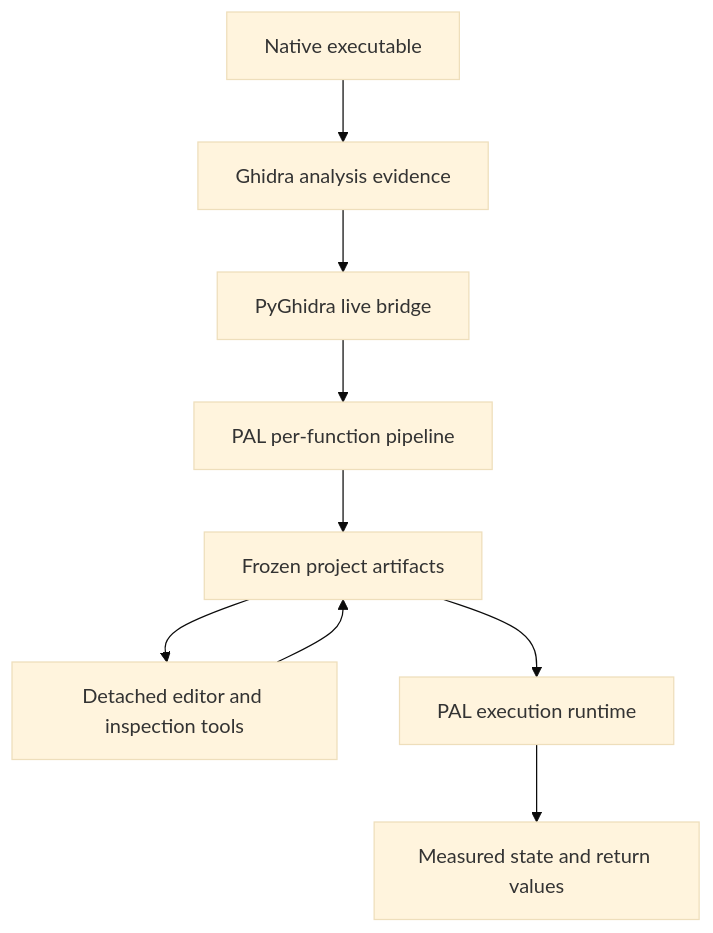
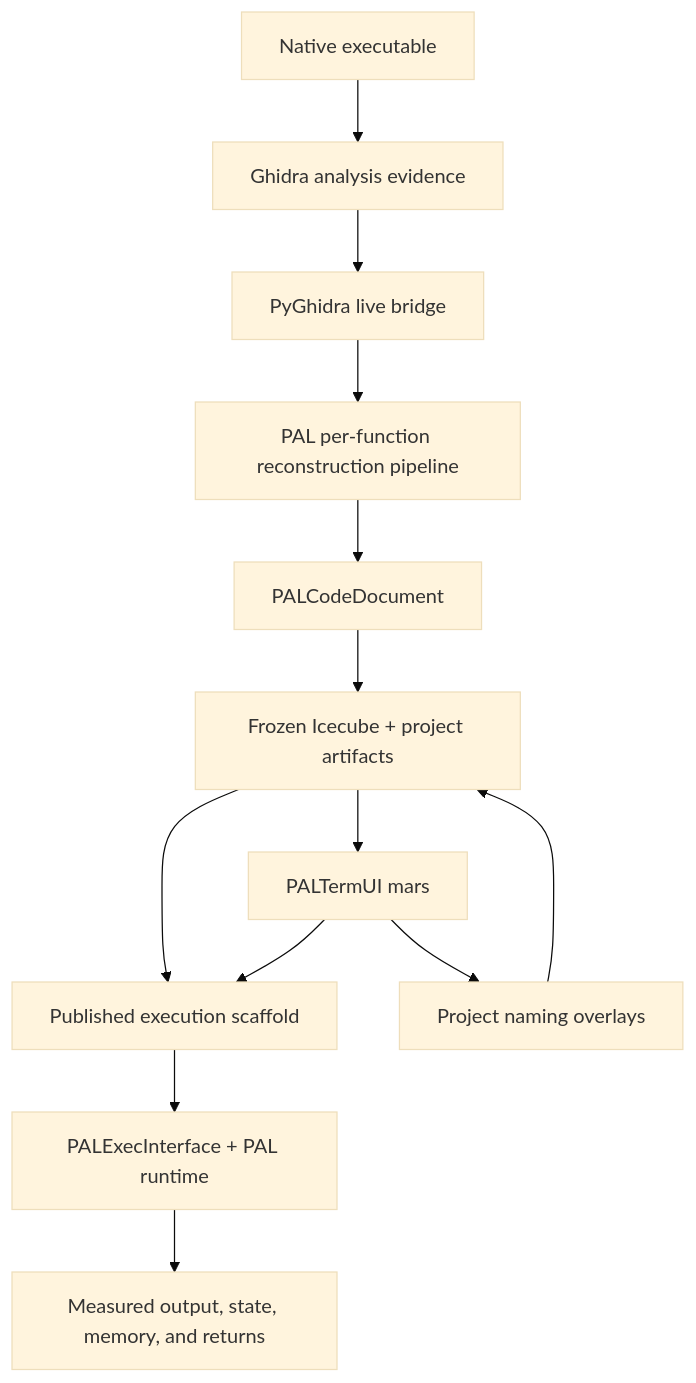
One commit to oldwalls/pyghidra-PAL changed the first of 5 diagrams in README.md. Above: the diagram before and after it, drawn with Mermaid (base theme). The commit also changed other lines of this file and 6873 other files, not shown here.

Commit message:
PAL Alpha Release - v0.24 (mars)

````diff
--- a/README.md
+++ b/README.md
@@ -68,11 +162,15 @@
 ```mermaid
 flowchart TD
     EXE["Native executable"] --> GH["Ghidra analysis evidence"]
     GH --> PG["PyGhidra live bridge"]
-    PG --> PAL["PAL per-function pipeline"]
-    PAL --> ICE["Frozen project artifacts"]
-    ICE --> UI["Detached editor and inspection tools"]
-    ICE --> RUN["PAL execution runtime"]
-    UI --> ICE
-    RUN --> OBS["Measured state and return values"]
+    PG --> PAL["PAL per-function reconstruction pipeline"]
+    PAL --> DOC["PALCodeDocument"]
+    DOC --> ICE["Frozen Icecube + project artifacts"]
+    ICE --> UI["PALTermUI mars"]
+    ICE --> PUB["Published execution scaffold"]
+    PUB --> RUN["PALExecInterface + PAL runtime"]
+    RUN --> OBS["Measured output, state, memory, and returns"]
+    UI --> ONCS["Project naming overlays"]
+    ONCS --> ICE
+    UI --> PUB
 ```
````
